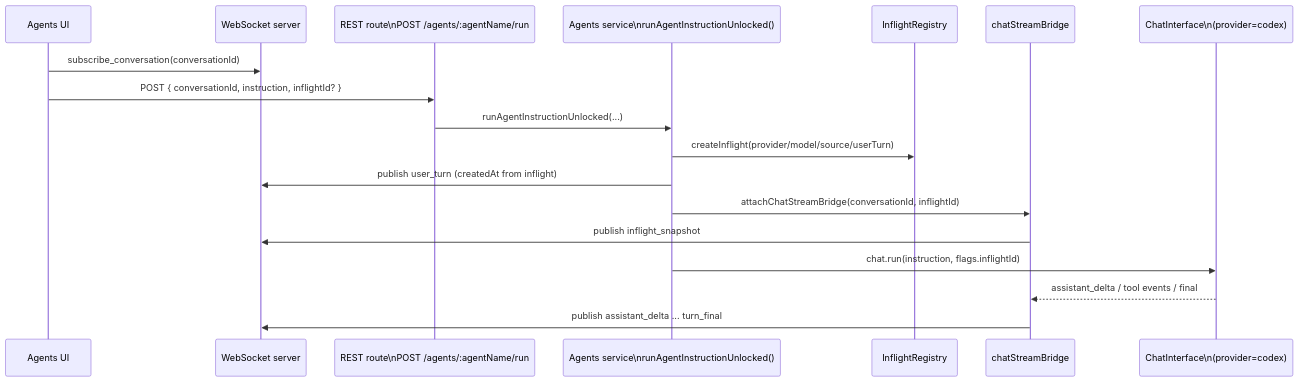
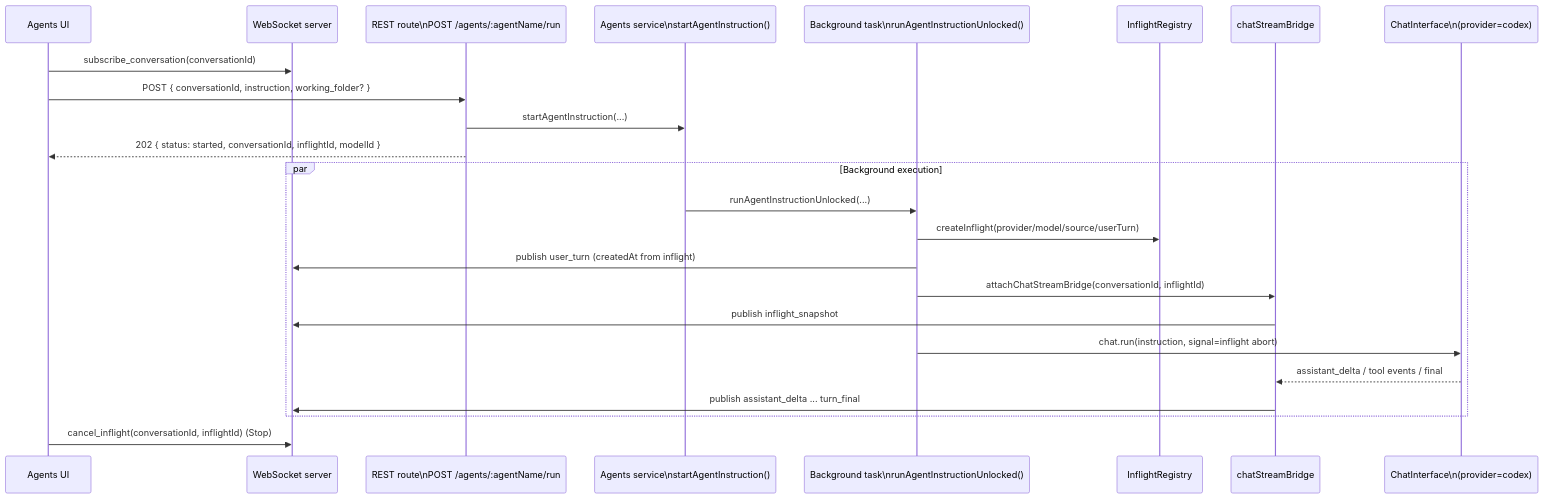
Before and after one commit to Chargeuk/codeInfo2: diagram 21 of 52 in design.md, drawn with Mermaid. The commit also changed other lines of this file and 24 other files, not shown here.

````diff
--- a/design.md
+++ b/design.md
@@ -580,21 +582,27 @@
 ```mermaid
 sequenceDiagram
   participant UI as Agents UI
   participant WS as WebSocket server
   participant API as REST route\nPOST /agents/:agentName/run
-  participant Svc as Agents service\nrunAgentInstructionUnlocked()
+  participant Svc as Agents service\nstartAgentInstruction()
+  participant Bg as Background task\nrunAgentInstructionUnlocked()
   participant Inflight as InflightRegistry
   participant Bridge as chatStreamBridge
   participant Chat as ChatInterface\n(provider=codex)
 
   UI->>WS: subscribe_conversation(conversationId)
-  UI->>API: POST { conversationId, instruction, inflightId? }
-  API->>Svc: runAgentInstructionUnlocked(...)
-  Svc->>Inflight: createInflight(provider/model/source/userTurn)
-  Svc->>WS: publish user_turn (createdAt from inflight)
-  Svc->>Bridge: attachChatStreamBridge(conversationId, inflightId)
-  Bridge->>WS: publish inflight_snapshot
-  Svc->>Chat: chat.run(instruction, flags.inflightId)
-  Chat-->>Bridge: assistant_delta / tool events / final
-  Bridge->>WS: publish assistant_delta ... turn_final
+  UI->>API: POST { conversationId, instruction, working_folder? }
+  API->>Svc: startAgentInstruction(...)
+  API-->>UI: 202 { status: started, conversationId, inflightId, modelId }
+  par Background execution
+    Svc->>Bg: runAgentInstructionUnlocked(...)
+    Bg->>Inflight: createInflight(provider/model/source/userTurn)
+    Bg->>WS: publish user_turn (createdAt from inflight)
+    Bg->>Bridge: attachChatStreamBridge(conversationId, inflightId)
+    Bridge->>WS: publish inflight_snapshot
+    Bg->>Chat: chat.run(instruction, signal=inflight abort)
+    Chat-->>Bridge: assistant_delta / tool events / final
+    Bridge->>WS: publish assistant_delta ... turn_final
+  end
+  UI->>WS: cancel_inflight(conversationId, inflightId) (Stop)
 ```
````
